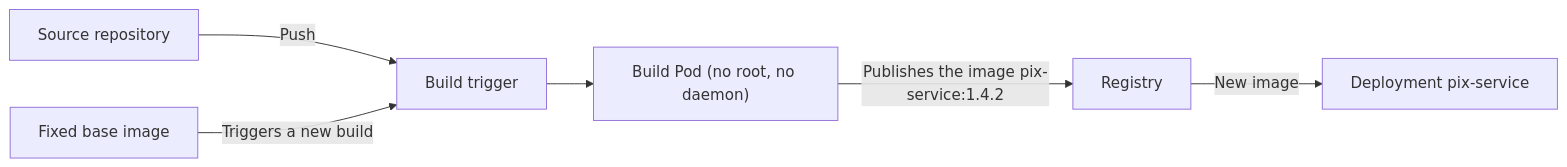
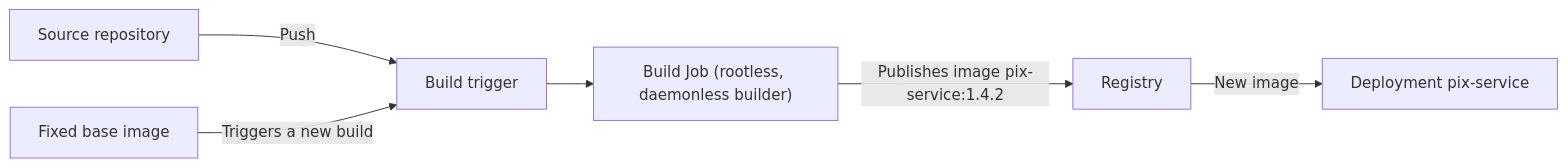
The diagram in i18n/en/docusaurus-plugin-content-docs/current/architecture/kubernetes-patterns/advanced/image-builder.md (alancesar/design-patterns), drawn with Mermaid before and after one commit. The commit also changed other lines of this file and 47 other files, not shown here.

````diff
--- a/i18n/en/docusaurus-plugin-content-docs/current/architecture/kubernetes-patterns/advanced/image-builder.md
+++ b/i18n/en/docusaurus-plugin-content-docs/current/architecture/kubernetes-patterns/advanced/image-builder.md
@@ -61,8 +72,8 @@
 ```mermaid
 flowchart LR
     G["Source repository"] -->|"Push"| T["Build trigger"]
-    T --> B["Build Pod (no root, no daemon)"]
-    B -->|"Publishes the image pix-service:1.4.2"| R["Registry"]
+    T --> B["Build Job (rootless, daemonless builder)"]
+    B -->|"Publishes image pix-service:1.4.2"| R["Registry"]
     R -->|"New image"| D["Deployment pix-service"]
     BI["Fixed base image"] -->|"Triggers a new build"| T
 ```
````
